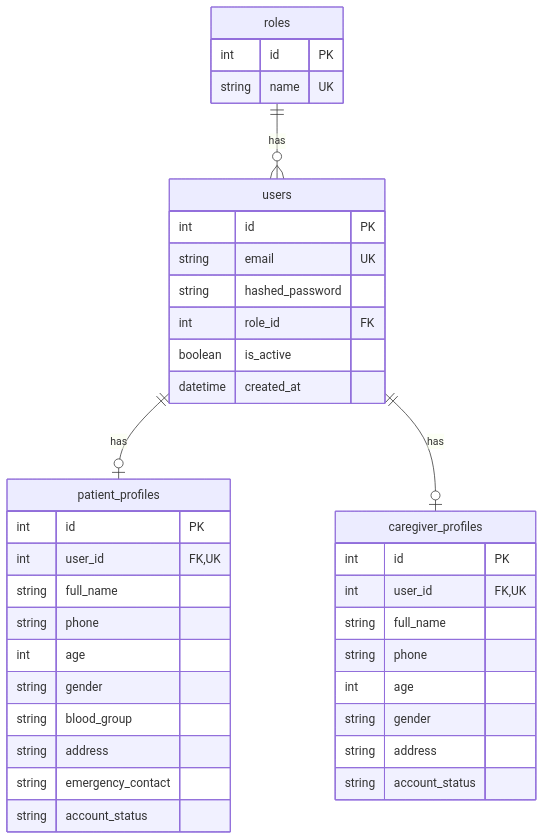
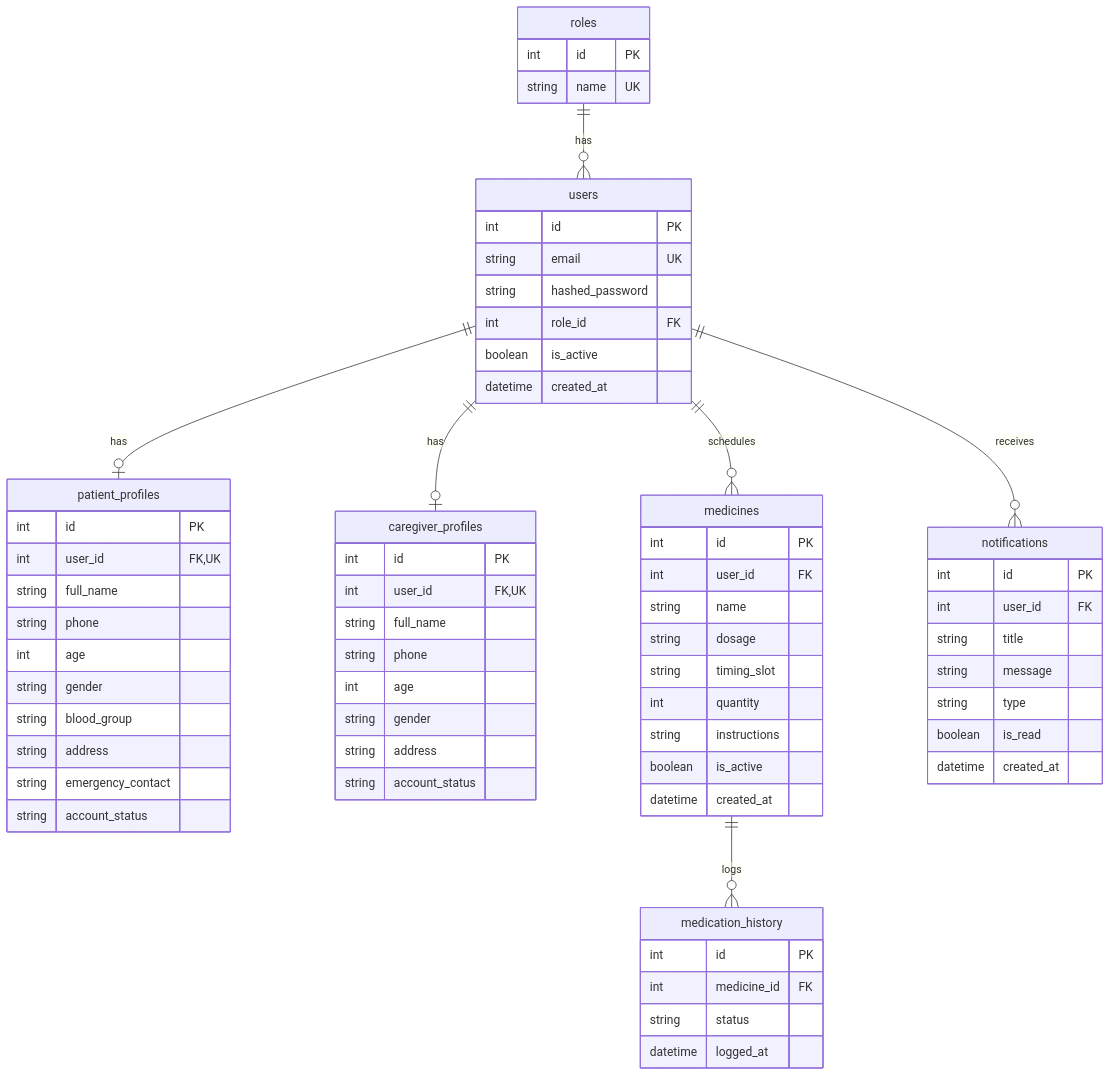
The second of 2 diagrams in README.md (sukumar2351/PillSync), drawn with Mermaid before and after one commit. The commit also changed other lines of this file, not shown here.

````diff
--- a/README.md
+++ b/README.md
@@ -74,41 +104,70 @@
 ```mermaid
 erDiagram
     roles ||--o{ users : "has"
     users ||--o| patient_profiles : "has"
     users ||--o| caregiver_profiles : "has"
+    users ||--o{ medicines : "schedules"
+    users ||--o{ notifications : "receives"
+    medicines ||--o{ medication_history : "logs"
 
     roles {
         int id PK
         string name UK
     }
     users {
         int id PK
         string email UK
         string hashed_password
         int role_id FK
         boolean is_active
         datetime created_at
     }
     patient_profiles {
         int id PK
         int user_id FK, UK
         string full_name
         string phone
         int age
         string gender
         string blood_group
         string address
         string emergency_contact
         string account_status
     }
     caregiver_profiles {
         int id PK
         int user_id FK, UK
         string full_name
         string phone
         int age
         string gender
         string address
         string account_status
     }
+    medicines {
+        int id PK
+        int user_id FK
+        string name
+        string dosage
+        string timing_slot
+        int quantity
+        string instructions
+        boolean is_active
+        datetime created_at
+    }
+    medication_history {
+        int id PK
+        int medicine_id FK
+        string status
+        datetime logged_at
+    }
+    notifications {
+        int id PK
+        int user_id FK
+        string title
+        string message
+        string type
+        boolean is_read
+        datetime created_at
+    }
 ```
````
